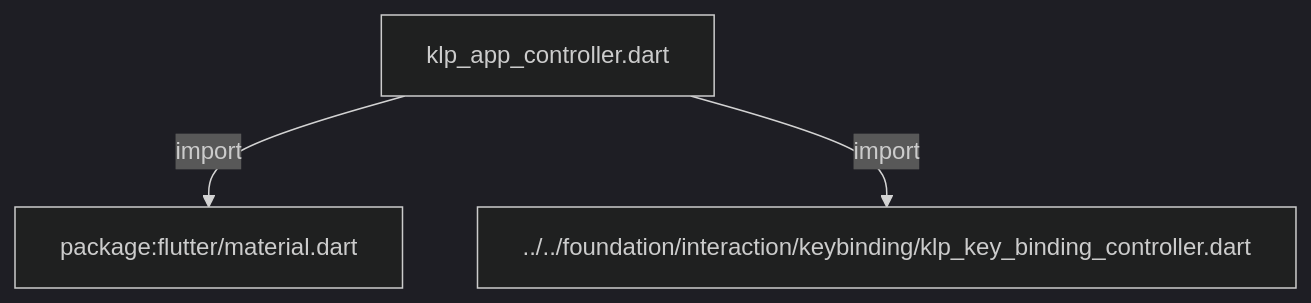
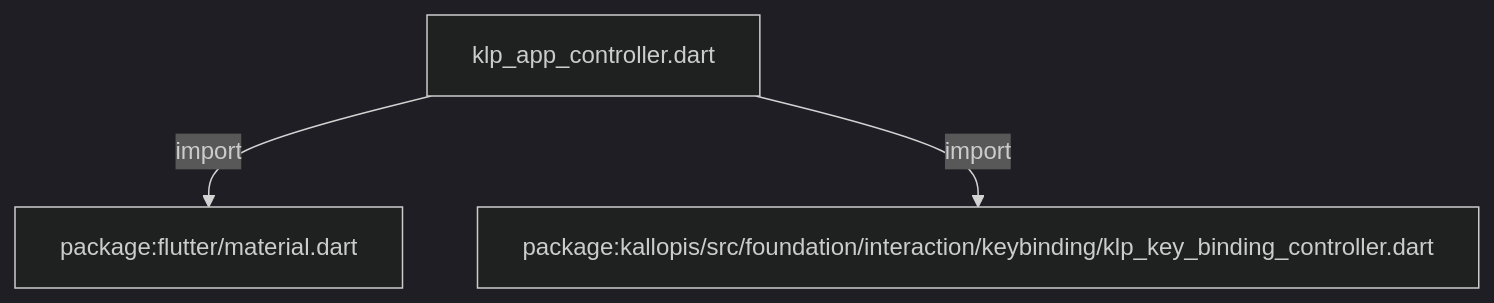
The first of 2 diagrams in docs/architecture/src/application/legacy/klp_app_controller.md (MiuDog/Kallopis), drawn with Mermaid (dark theme) before and after one commit. The commit also changed other lines of this file and 9688 other files, not shown here.

Commit message:
Prepare isolated Flow F2 peer baseline

````diff
--- a/docs/architecture/src/application/legacy/klp_app_controller.md
+++ b/docs/architecture/src/application/legacy/klp_app_controller.md
@@ -11,8 +11,8 @@
 ```mermaid
 flowchart TD
 	n0["klp_app_controller.dart"]
 	n1["package:flutter/material.dart"]
-	n2["../../foundation/interaction/keybinding/klp_key_binding_controller.dart"]
+	n2["package:kallopis/src/foundation/interaction/keybinding/klp_key_binding_controller.dart"]
 	n0 -->|"import"| n1
 	n0 -->|"import"| n2
 ```
````
